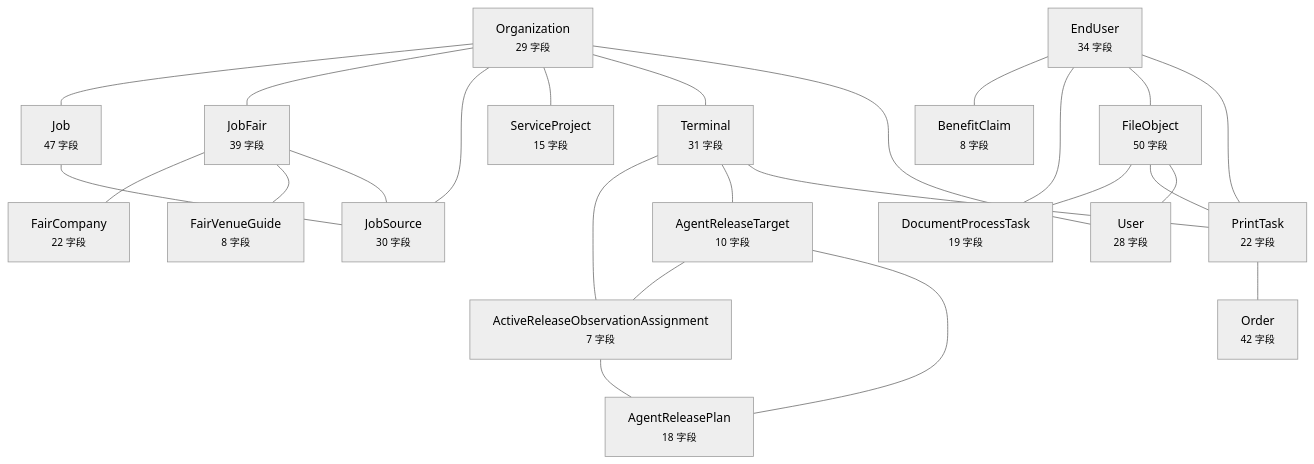
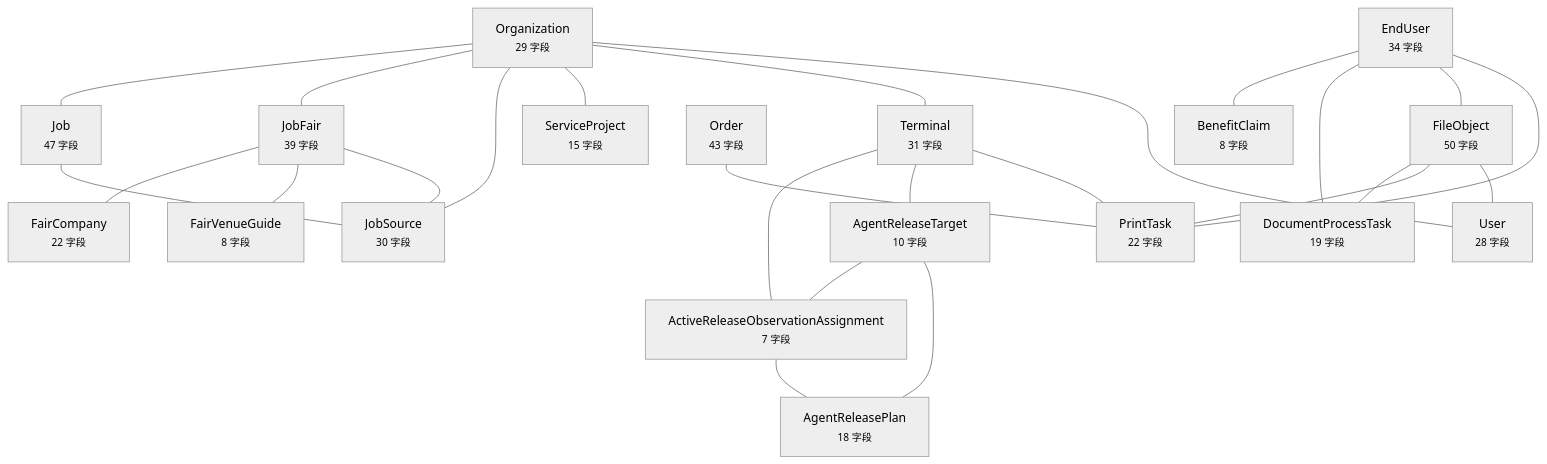
One commit to wanglei581/YITIJI changed the diagram in docs/graph/data-model.md. Above: the diagram before and after it, drawn with Mermaid (neutral theme). The commit also changed other lines of this file and 36 other files, not shown here.

````diff
--- a/docs/graph/data-model.md
+++ b/docs/graph/data-model.md
@@ -10,45 +10,45 @@
 ```mermaid
 flowchart TD
   EndUser["EndUser<br/><small>34 字段</small>"]
   Organization["Organization<br/><small>29 字段</small>"]
   Terminal["Terminal<br/><small>31 字段</small>"]
   FileObject["FileObject<br/><small>50 字段</small>"]
   Job["Job<br/><small>47 字段</small>"]
   JobFair["JobFair<br/><small>39 字段</small>"]
   JobSource["JobSource<br/><small>30 字段</small>"]
   User["User<br/><small>28 字段</small>"]
+  Order["Order<br/><small>43 字段</small>"]
   PrintTask["PrintTask<br/><small>22 字段</small>"]
   AgentReleaseTarget["AgentReleaseTarget<br/><small>10 字段</small>"]
-  Order["Order<br/><small>42 字段</small>"]
   ServiceProject["ServiceProject<br/><small>15 字段</small>"]
   ActiveReleaseObservationAssignment["ActiveReleaseObservationAssignment<br/><small>7 字段</small>"]
   AgentReleasePlan["AgentReleasePlan<br/><small>18 字段</small>"]
   BenefitClaim["BenefitClaim<br/><small>8 字段</small>"]
   DocumentProcessTask["DocumentProcessTask<br/><small>19 字段</small>"]
   FairCompany["FairCompany<br/><small>22 字段</small>"]
   FairVenueGuide["FairVenueGuide<br/><small>8 字段</small>"]
   EndUser --- BenefitClaim
   EndUser --- DocumentProcessTask
   EndUser --- FileObject
   EndUser --- PrintTask
   Organization --- Job
   Organization --- JobFair
   Organization --- JobSource
   Organization --- ServiceProject
   Organization --- Terminal
   Organization --- User
   Terminal --- ActiveReleaseObservationAssignment
   Terminal --- AgentReleaseTarget
   Terminal --- PrintTask
   FileObject --- DocumentProcessTask
   FileObject --- PrintTask
   FileObject --- User
   Job --- JobSource
   JobFair --- FairCompany
   JobFair --- FairVenueGuide
   JobFair --- JobSource
-  PrintTask --- Order
+  Order --- PrintTask
   AgentReleaseTarget --- ActiveReleaseObservationAssignment
   AgentReleaseTarget --- AgentReleasePlan
   ActiveReleaseObservationAssignment --- AgentReleasePlan
 ```
````
